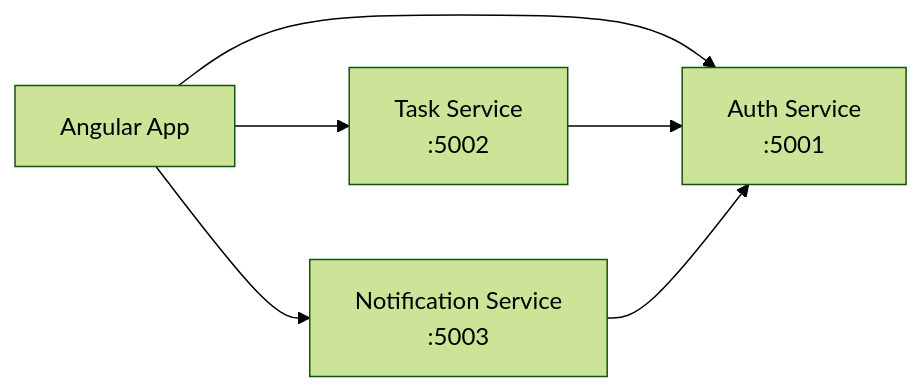
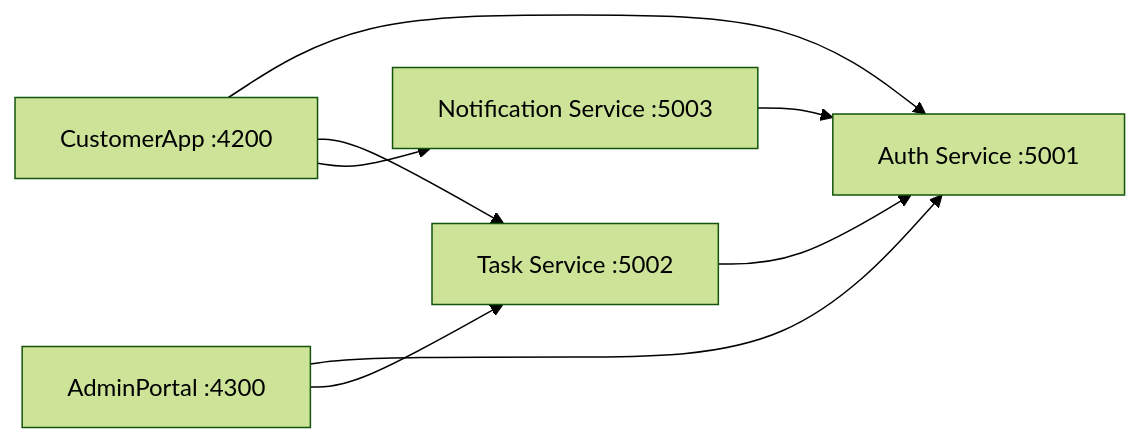
One commit to kudoshinichi2k5/MyTaskTracker changed the diagram in README.md. Above: the diagram before and after it, drawn with Mermaid (forest theme). The commit also changed other lines of this file, not shown here.

````diff
--- a/README.md
+++ b/README.md
@@ -17,8 +12,10 @@
 ```mermaid
 flowchart LR
-    FE["Angular App"] --> AUTH["Auth Service\n:5001"]
-    FE --> TS["Task Service\n:5002"]
-    FE --> NS["Notification Service\n:5003"]
-    TS --> AUTH
-    NS --> AUTH
+    Customer[CustomerApp :4200] --> Auth[Auth Service :5001]
+    Customer --> Tasks[Task Service :5002]
+    Customer --> Notifications[Notification Service :5003]
+    Admin[AdminPortal :4300] --> Auth
+    Admin --> Tasks
+    Tasks --> Auth
+    Notifications --> Auth
 ```
````
